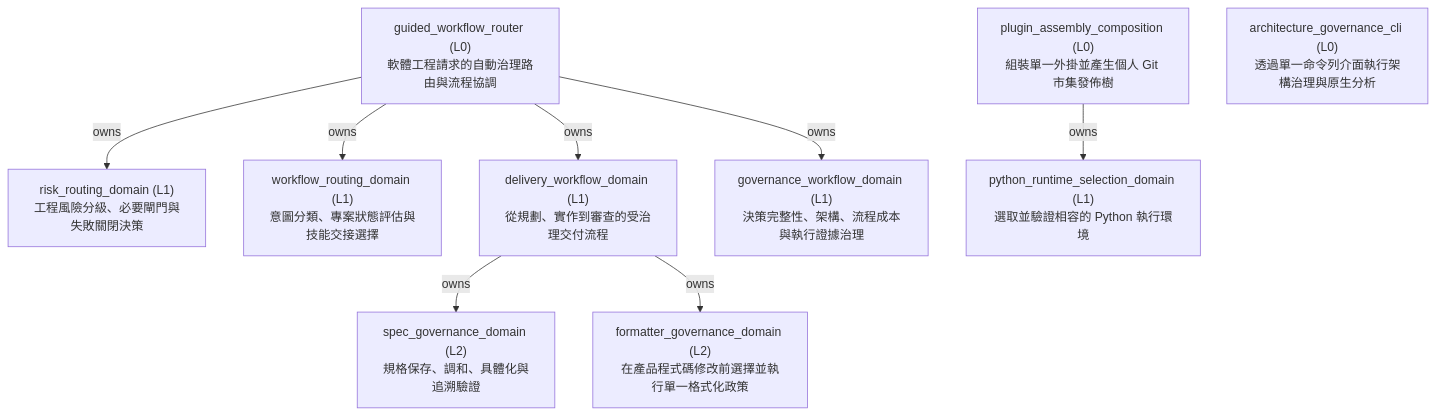
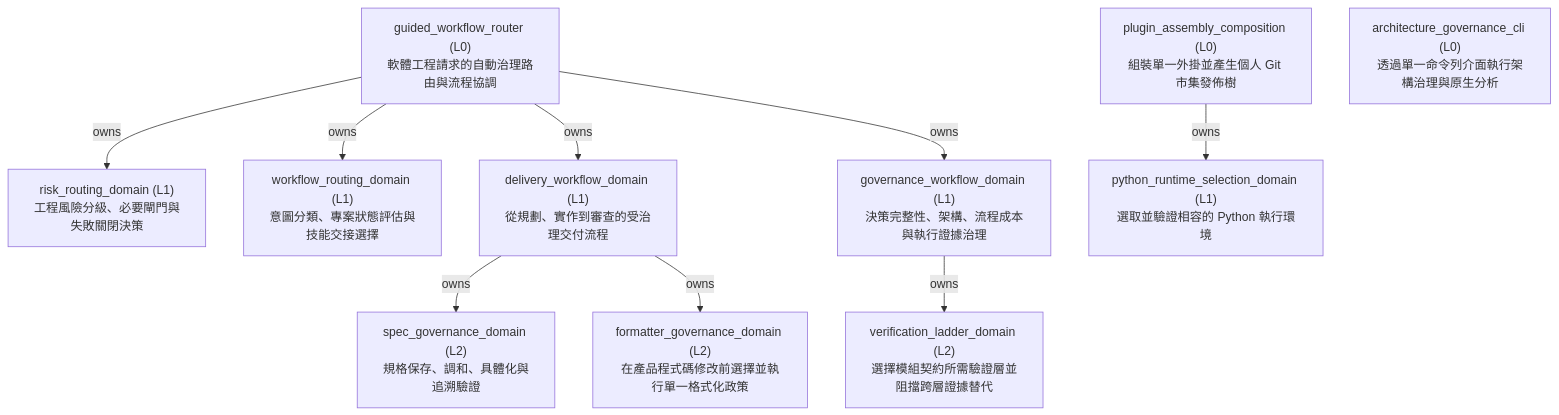
Before and after one commit to ShinWeiPeng/skills: the first of 2 diagrams in architecture/ARCHITECTURE.md, drawn with Mermaid. The commit also changed other lines of this file and 31 other files, not shown here.

Commit message:
feat: add verification ladder and release 0.10.0

````diff
--- a/architecture/ARCHITECTURE.md
+++ b/architecture/ARCHITECTURE.md
@@ -19,20 +19,22 @@
 ```mermaid
 flowchart TD
     n_guided_workflow_router["guided_workflow_router (L0)<br/>軟體工程請求的自動治理路由與流程協調"]
     n_risk_routing_domain["risk_routing_domain (L1)<br/>工程風險分級、必要閘門與失敗關閉決策"]
     n_workflow_routing_domain["workflow_routing_domain (L1)<br/>意圖分類、專案狀態評估與技能交接選擇"]
     n_delivery_workflow_domain["delivery_workflow_domain (L1)<br/>從規劃、實作到審查的受治理交付流程"]
     n_spec_governance_domain["spec_governance_domain (L2)<br/>規格保存、調和、具體化與追溯驗證"]
     n_formatter_governance_domain["formatter_governance_domain (L2)<br/>在產品程式碼修改前選擇並執行單一格式化政策"]
     n_governance_workflow_domain["governance_workflow_domain (L1)<br/>決策完整性、架構、流程成本與執行證據治理"]
+    n_verification_ladder_domain["verification_ladder_domain (L2)<br/>選擇模組契約所需驗證層並阻擋跨層證據替代"]
     n_plugin_assembly_composition["plugin_assembly_composition (L0)<br/>組裝單一外掛並產生個人 Git 市集發佈樹"]
     n_python_runtime_selection_domain["python_runtime_selection_domain (L1)<br/>選取並驗證相容的 Python 執行環境"]
     n_architecture_governance_cli["architecture_governance_cli (L0)<br/>透過單一命令列介面執行架構治理與原生分析"]
     n_guided_workflow_router -->|owns| n_risk_routing_domain
     n_guided_workflow_router -->|owns| n_workflow_routing_domain
     n_guided_workflow_router -->|owns| n_delivery_workflow_domain
     n_delivery_workflow_domain -->|owns| n_spec_governance_domain
     n_delivery_workflow_domain -->|owns| n_formatter_governance_domain
     n_guided_workflow_router -->|owns| n_governance_workflow_domain
+    n_governance_workflow_domain -->|owns| n_verification_ladder_domain
     n_plugin_assembly_composition -->|owns| n_python_runtime_selection_domain
 ```
````
